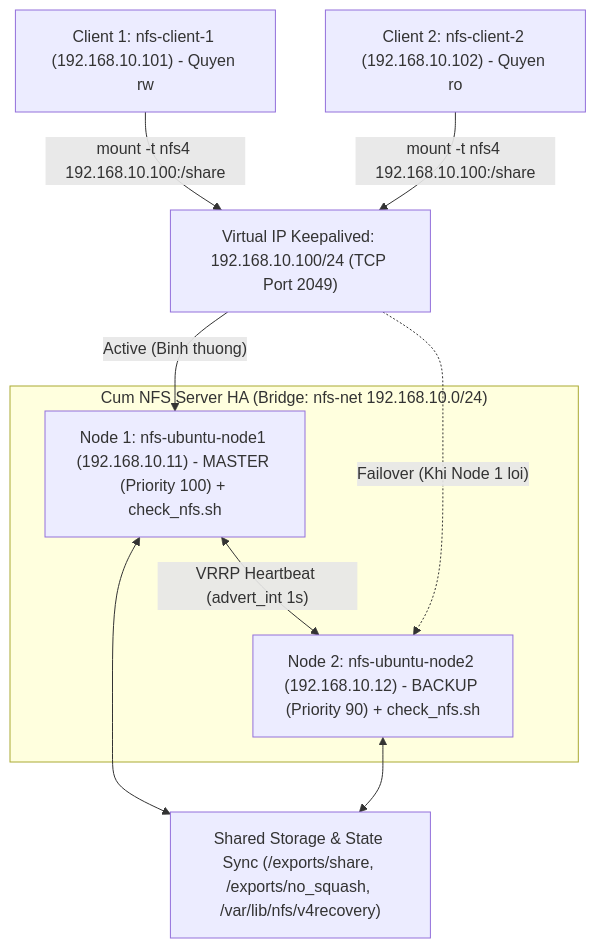
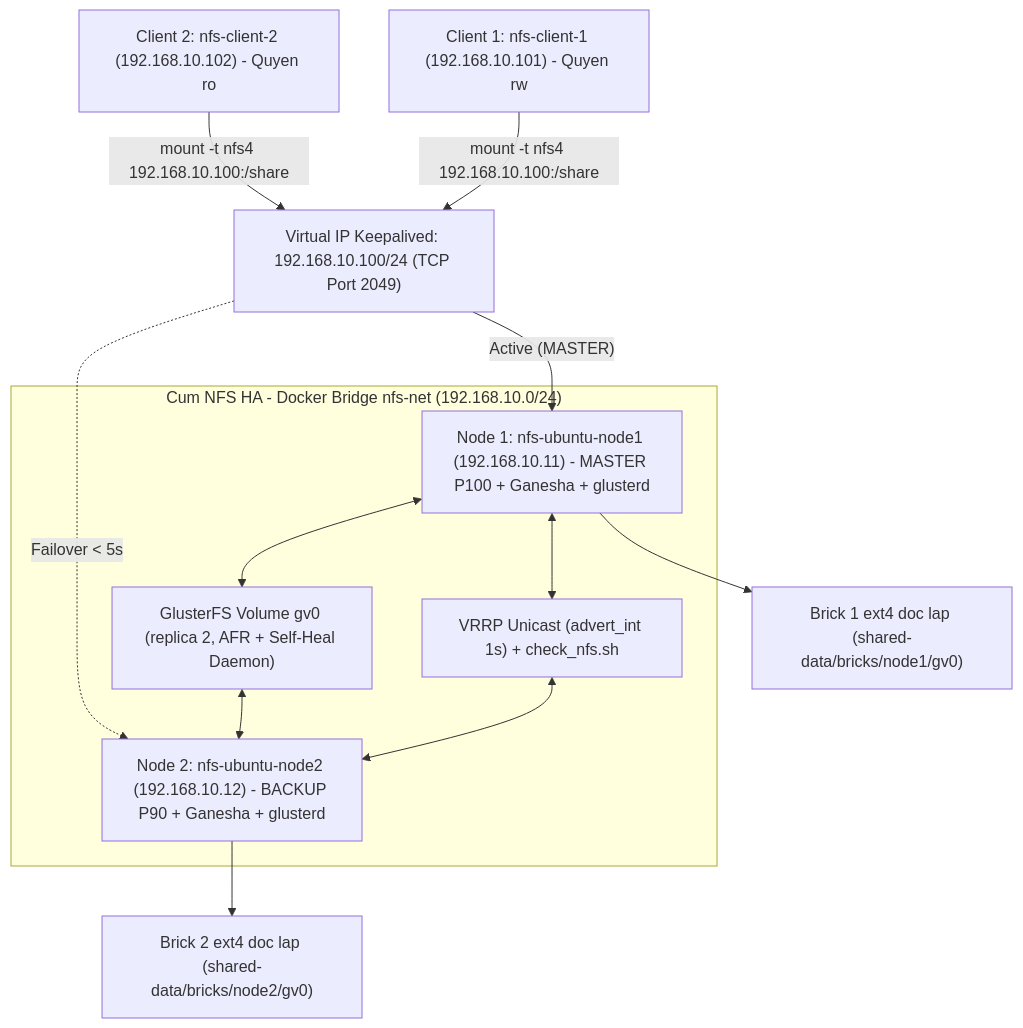
The first of 2 diagrams in docs/04-ha-design.md (LEHOTHANHPHAT/NT132-Quan_Tri_Mang), drawn with Mermaid before and after one commit. The commit also changed other lines of this file and 2 other files, not shown here.

First line of the commit message:
docs(Quoc): chuan hoa tai lieu HA ly thuyet, thiet ke GlusterFS-Ganesha va README

````diff
--- a/docs/04-ha-design.md
+++ b/docs/04-ha-design.md
@@ -39,21 +43,27 @@
 ```mermaid
 flowchart TD
     C1["Client 1: nfs-client-1 (192.168.10.101) - Quyen rw"]
     C2["Client 2: nfs-client-2 (192.168.10.102) - Quyen ro"]
     VIP["Virtual IP Keepalived: 192.168.10.100/24 (TCP Port 2049)"]
 
-    subgraph HA["Cum NFS Server HA (Bridge: nfs-net 192.168.10.0/24)"]
-        N1["Node 1: nfs-ubuntu-node1 (192.168.10.11) - MASTER (Priority 100) + check_nfs.sh"]
-        N2["Node 2: nfs-ubuntu-node2 (192.168.10.12) - BACKUP (Priority 90) + check_nfs.sh"]
-        N1 <-->|"VRRP Heartbeat (advert_int 1s)"| N2
+    subgraph HA["Cum NFS HA - Docker Bridge nfs-net (192.168.10.0/24)"]
+        N1["Node 1: nfs-ubuntu-node1 (192.168.10.11) - MASTER P100 + Ganesha + glusterd"]
+        N2["Node 2: nfs-ubuntu-node2 (192.168.10.12) - BACKUP P90 + Ganesha + glusterd"]
+        K["VRRP Unicast (advert_int 1s) + check_nfs.sh"]
+        G["GlusterFS Volume gv0 (replica 2, AFR + Self-Heal Daemon)"]
+        N1 <--> K
+        K <--> N2
+        N1 <--> G
+        G <--> N2
     end
 
-    ST["Shared Storage & State Sync (/exports/share, /exports/no_squash, /var/lib/nfs/v4recovery)"]
+    B1["Brick 1 ext4 doc lap (shared-data/bricks/node1/gv0)"]
+    B2["Brick 2 ext4 doc lap (shared-data/bricks/node2/gv0)"]
 
     C1 -->|"mount -t nfs4 192.168.10.100:/share"| VIP
     C2 -->|"mount -t nfs4 192.168.10.100:/share"| VIP
-    VIP -->|"Active (Binh thuong)"| N1
-    VIP -.->|"Failover (Khi Node 1 loi)"| N2
-    N1 <--> ST
-    N2 <--> ST
+    VIP -->|"Active (MASTER)"| N1
+    VIP -.->|"Failover < 5s"| N2
+    N1 --> B1
+    N2 --> B2
 ```
````
